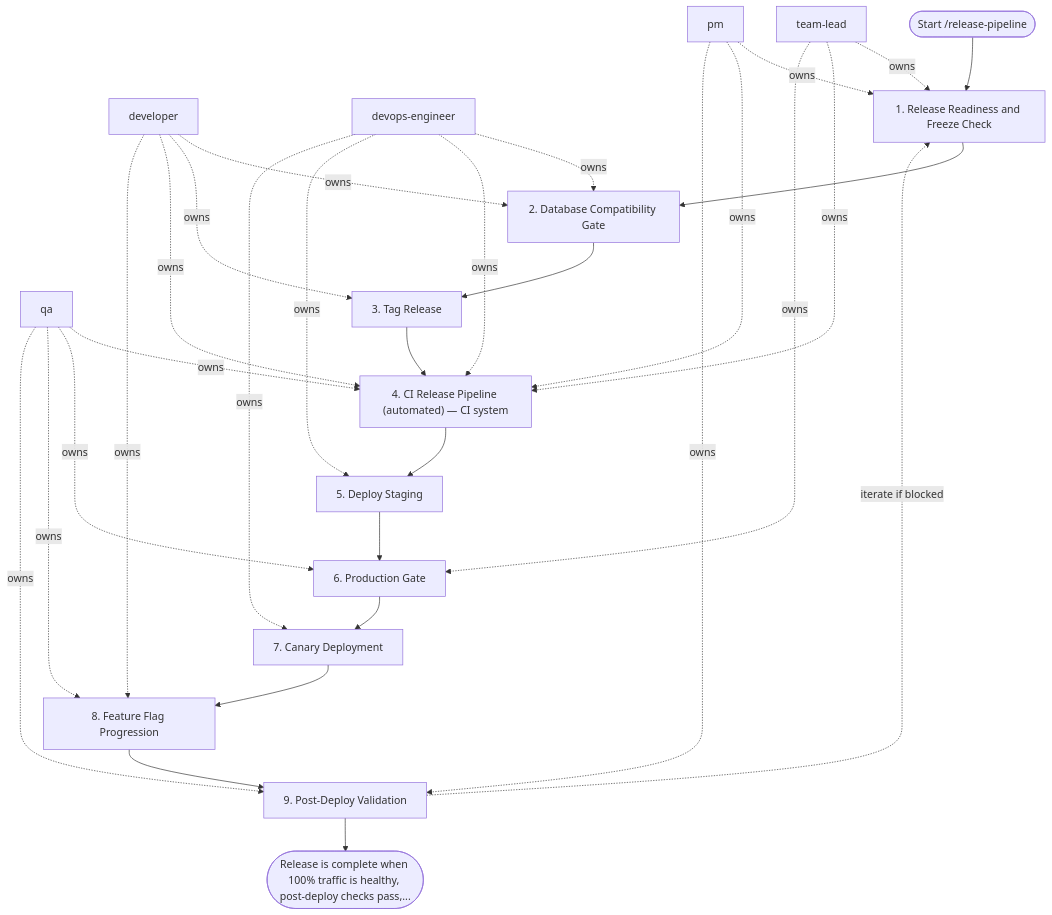
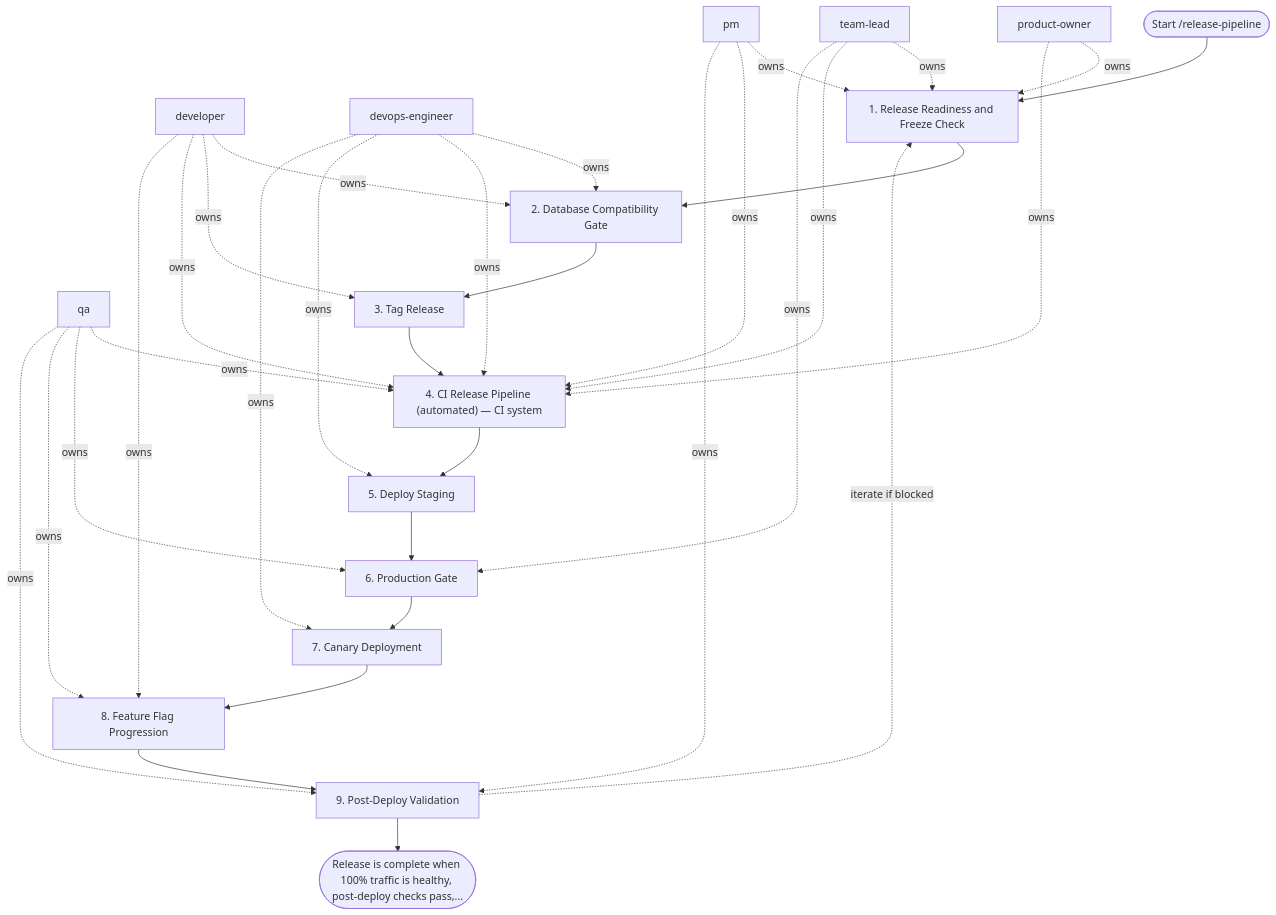
Before and after one commit to sawrus/agent-guides: the diagram in areas/devops/ci-cd/workflows/release-pipeline.md, drawn with Mermaid. The commit also changed other lines of this file and 76 other files, not shown here.

Commit message:
Standardize workflow product owner initiation

````diff
--- a/areas/devops/ci-cd/workflows/release-pipeline.md
+++ b/areas/devops/ci-cd/workflows/release-pipeline.md
@@ -116,48 +116,51 @@
 ```mermaid
 flowchart TD
   start(["Start /release-pipeline"])
-  role_1["team-lead"]
-  role_2["pm"]
-  role_3["developer"]
-  role_4["devops-engineer"]
-  role_5["qa"]
+  role_1["product-owner"]
+  role_2["team-lead"]
+  role_3["pm"]
+  role_4["developer"]
+  role_5["devops-engineer"]
+  role_6["qa"]
   step_1["1. Release Readiness and Freeze Check"]
   step_2["2. Database Compatibility Gate"]
   step_3["3. Tag Release"]
   step_4["4. CI Release Pipeline (automated) — CI system"]
   step_5["5. Deploy Staging"]
   step_6["6. Production Gate"]
   step_7["7. Canary Deployment"]
   step_8["8. Feature Flag Progression"]
   step_9["9. Post-Deploy Validation"]
   exit(["Release is complete when 100% traffic is healthy, post-deploy checks pass,..."])
   start --> step_1
   step_1 --> step_2
   step_2 --> step_3
   step_3 --> step_4
   step_4 --> step_5
   step_5 --> step_6
   step_6 --> step_7
   step_7 --> step_8
   step_8 --> step_9
   step_9 --> exit
   role_1 -. owns .-> step_1
   role_2 -. owns .-> step_1
-  role_3 -. owns .-> step_2
+  role_3 -. owns .-> step_1
   role_4 -. owns .-> step_2
-  role_3 -. owns .-> step_3
+  role_5 -. owns .-> step_2
+  role_4 -. owns .-> step_3
+  role_1 -. owns .-> step_4
+  role_5 -. owns .-> step_4
+  role_4 -. owns .-> step_4
+  role_2 -. owns .-> step_4
   role_3 -. owns .-> step_4
-  role_4 -. owns .-> step_4
-  role_1 -. owns .-> step_4
-  role_2 -. owns .-> step_4
-  role_5 -. owns .-> step_4
-  role_4 -. owns .-> step_5
-  role_1 -. owns .-> step_6
-  role_5 -. owns .-> step_6
-  role_4 -. owns .-> step_7
-  role_3 -. owns .-> step_8
-  role_5 -. owns .-> step_8
-  role_5 -. owns .-> step_9
-  role_2 -. owns .-> step_9
+  role_6 -. owns .-> step_4
+  role_5 -. owns .-> step_5
+  role_2 -. owns .-> step_6
+  role_6 -. owns .-> step_6
+  role_5 -. owns .-> step_7
+  role_4 -. owns .-> step_8
+  role_6 -. owns .-> step_8
+  role_6 -. owns .-> step_9
+  role_3 -. owns .-> step_9
   step_9 -. iterate if blocked .-> step_1
 ```
````
